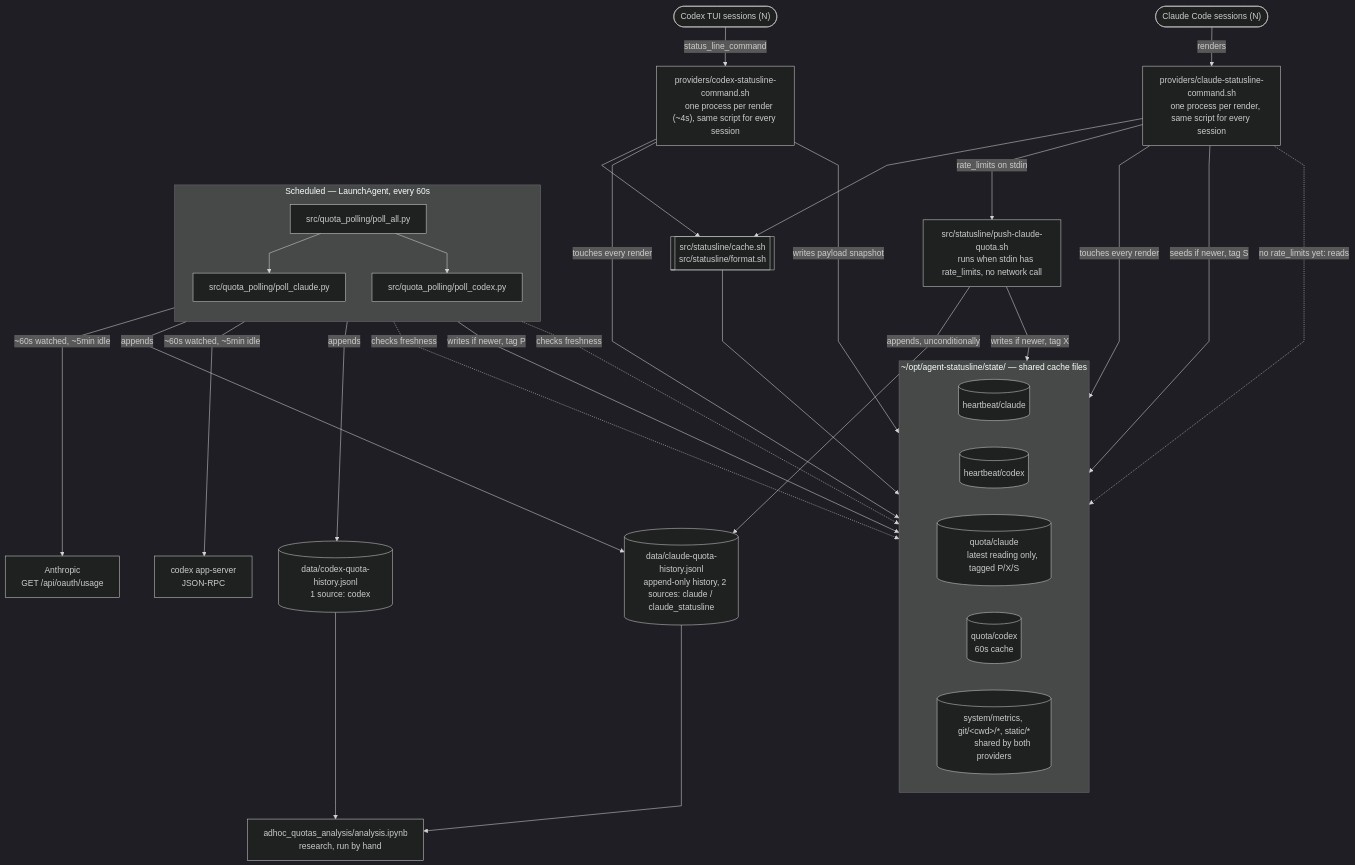
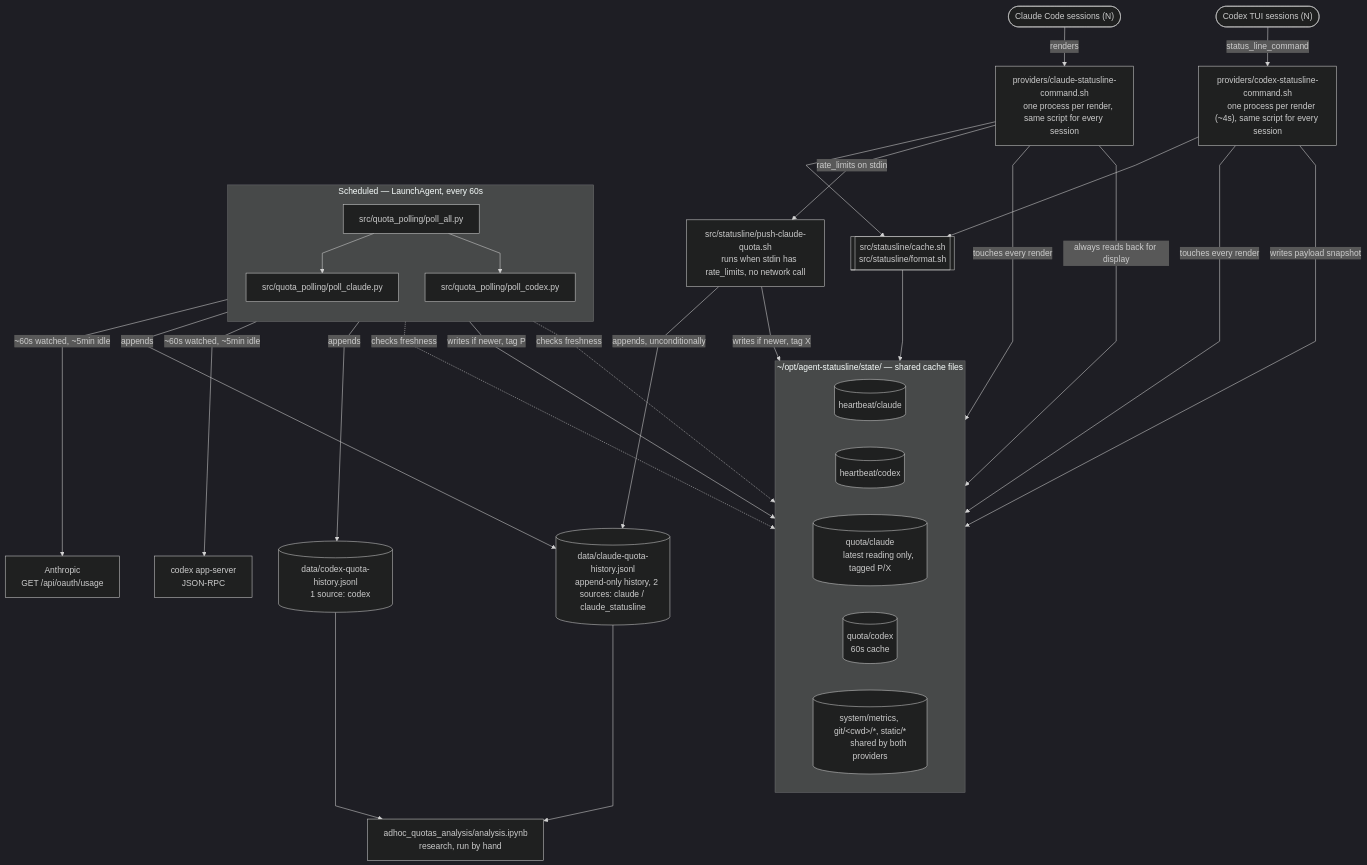
One commit to JeanLescutMuller/agent-statusline changed the diagram in README.md. Above: the diagram before and after it, drawn with Mermaid (dark theme). The commit also changed other lines of this file and 7 other files, not shown here.

````diff
--- a/README.md
+++ b/README.md
@@ -65,79 +65,78 @@
 ```mermaid
 %%{init: {"flowchart": {"curve": "linear"}}}%%
 flowchart TB
     claudeS(["Claude Code sessions (N)"])
     codexS(["Codex TUI sessions (N)"])
 
     provclaude["providers/claude-statusline-command.sh
     one process per render, same script for every session"]
     provcodex["providers/codex-statusline-command.sh
     one process per render (~4s), same script for every session"]
 
     sharedlib[["src/statusline/cache.sh
     src/statusline/format.sh"]]
 
     subgraph state["~/opt/agent-statusline/state/ — shared cache files"]
         direction LR
         hbC[("heartbeat/claude")]
         hbX[("heartbeat/codex")]
         ccC[("quota/claude
-        latest reading only, tagged P/X/S")]
+        latest reading only, tagged P/X")]
         ccX[("quota/codex
         60s cache")]
         ccOther[("system/metrics, git/&lt;cwd&gt;/*, static/*
         shared by both providers")]
     end
 
     pushscript["src/statusline/push-claude-quota.sh
     runs when stdin has rate_limits, no network call"]
 
     claudelog[("data/claude-quota-history.jsonl
     append-only history, 2 sources: claude / claude_statusline")]
     codexlog[("data/codex-quota-history.jsonl
     1 source: codex")]
 
     subgraph pollers["Scheduled — LaunchAgent, every 60s"]
         direction TB
         pollall["src/quota_polling/poll_all.py"]
         pollclaude["src/quota_polling/poll_claude.py"]
         pollcodex["src/quota_polling/poll_codex.py"]
     end
 
     anthropicusage["Anthropic
     GET /api/oauth/usage"]
     codexrpc["codex app-server
     JSON-RPC"]
     notebook["adhoc_quotas_analysis/analysis.ipynb
     research, run by hand"]
 
     claudeS -->|renders| provclaude
     codexS -->|"status_line_command"| provcodex
 
     provclaude --> sharedlib
     provcodex --> sharedlib
     sharedlib --> ccOther
 
     provclaude -->|touches every render| hbC
     provcodex -->|touches every render| hbX
 
     provclaude -->|"rate_limits on stdin"| pushscript
     pushscript -->|"appends, unconditionally"| claudelog
     pushscript -->|"writes if newer, tag X"| ccC
-    provclaude -->|"seeds if newer, tag S"| ccC
-    provclaude -.->|"no rate_limits yet: reads"| ccC
+    provclaude -->|"always reads back for display"| ccC
 
     provcodex -->|writes payload snapshot| ccX
 
     pollall --> pollclaude
     pollall --> pollcodex
     pollclaude -.->|checks freshness| hbC
     pollclaude -->|"~60s watched, ~5min idle"| anthropicusage
     pollclaude -->|appends| claudelog
     pollclaude -->|"writes if newer, tag P"| ccC
     pollcodex -.->|checks freshness| hbX
     pollcodex -->|"~60s watched, ~5min idle"| codexrpc
     pollcodex -->|appends| codexlog
 
     claudelog --> notebook
     codexlog --> notebook
 ```
````
